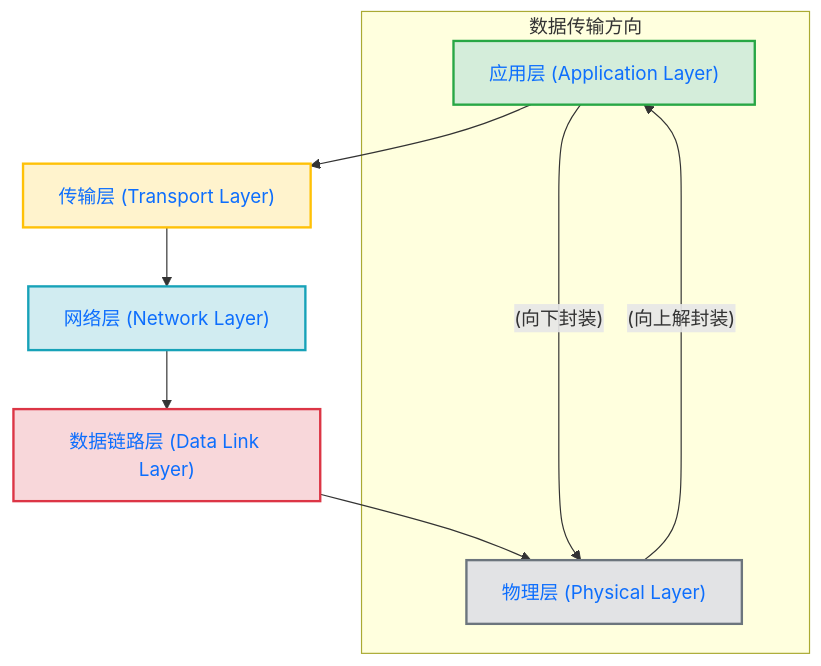
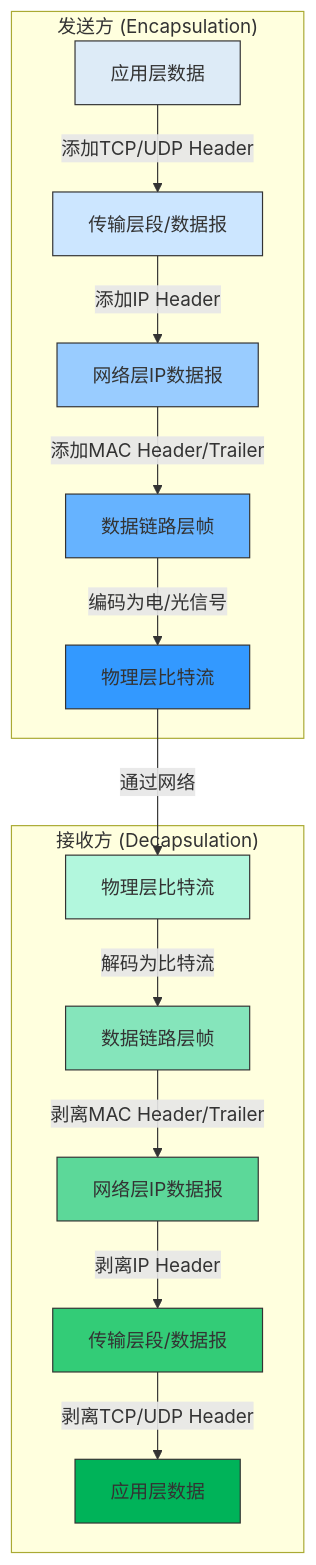
Before and after one commit to teatang/t-blog: the second of 2 diagrams in source/_posts/2023/2023-12-14_五层因特网协议栈深度详解.md, drawn with Mermaid. The commit also changed other lines of this file and 6 other files, not shown here.

```diff
--- a/source/_posts/2023/2023-12-14_五层因特网协议栈深度详解.md
+++ b/source/_posts/2023/2023-12-14_五层因特网协议栈深度详解.md
@@ -42,18 +155,30 @@
 {% mermaid %}
 graph TD
-    A["应用层 (Application Layer)"] --> B["传输层 (Transport Layer)"]
-    B --> C["网络层 (Network Layer)"]
-    C --> D["数据链路层 (Data Link Layer)"]
-    D --> E["物理层 (Physical Layer)"]
-
-    subgraph 数据传输方向
-        A --(向下封装)--> E
-        E --(向上解封装)--> A
+    subgraph "发送方 (Encapsulation)"
+        A_Send[应用层数据] -->|添加TCP/UDP Header| T_Segment[传输层段/数据报]
+        T_Segment -->|添加IP Header| N_Packet[网络层IP数据报]
+        N_Packet -->|添加MAC Header/Trailer| D_Frame[数据链路层帧]
+        D_Frame -->|编码为电/光信号| H_Bits[物理层比特流]
     end
 
-    style A fill:#D4EDDA,stroke:#28A745,stroke-width:2px,color:#0D6EFD
-    style B fill:#FFF3CD,stroke:#FFC107,stroke-width:2px,color:#0D6EFD
-    style C fill:#D1ECF1,stroke:#17A2B8,stroke-width:2px,color:#0D6EFD
-    style D fill:#F8D7DA,stroke:#DC3545,stroke-width:2px,color:#0D6EFD
-    style E fill:#E2E3E5,stroke:#6C757D,stroke-width:2px,color:#0D6EFD
+    H_Bits --通过网络--> H_Bits_Rx[物理层比特流]
+
+    subgraph "接收方 (Decapsulation)"
+        H_Bits_Rx -->|解码为比特流| D_Frame_Rx[数据链路层帧]
+        D_Frame_Rx -->|剥离MAC Header/Trailer| N_Packet_Rx[网络层IP数据报]
+        N_Packet_Rx -->|剥离IP Header| T_Segment_Rx[传输层段/数据报]
+        T_Segment_Rx -->|剥离TCP/UDP Header| A_Receive[应用层数据]
+    end
+
+    style A_Send fill:#DDEBF7,stroke:#333,stroke-width:1px
+    style T_Segment fill:#CCE6FF,stroke:#333,stroke-width:1px
+    style N_Packet fill:#99CCFF,stroke:#333,stroke-width:1px
+    style D_Frame fill:#66B3FF,stroke:#333,stroke-width:1px
+    style H_Bits fill:#3399FF,stroke:#333,stroke-width:1px
+
+    style H_Bits_Rx fill:#B2F7DD,stroke:#333,stroke-width:1px
+    style D_Frame_Rx fill:#85E5BB,stroke:#333,stroke-width:1px
+    style N_Packet_Rx fill:#5CD899,stroke:#333,stroke-width:1px
+    style T_Segment_Rx fill:#33CC77,stroke:#333,stroke-width:1px
+    style A_Receive fill:#00B359,stroke:#333,stroke-width:1px
 {% endmermaid %}
```
